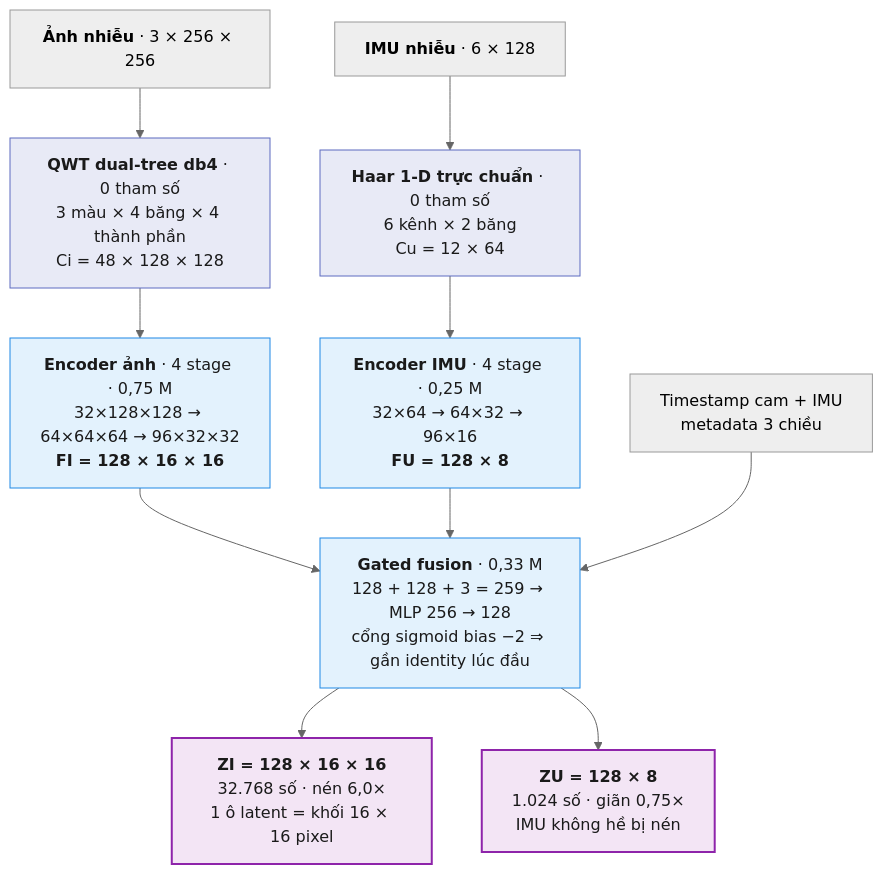
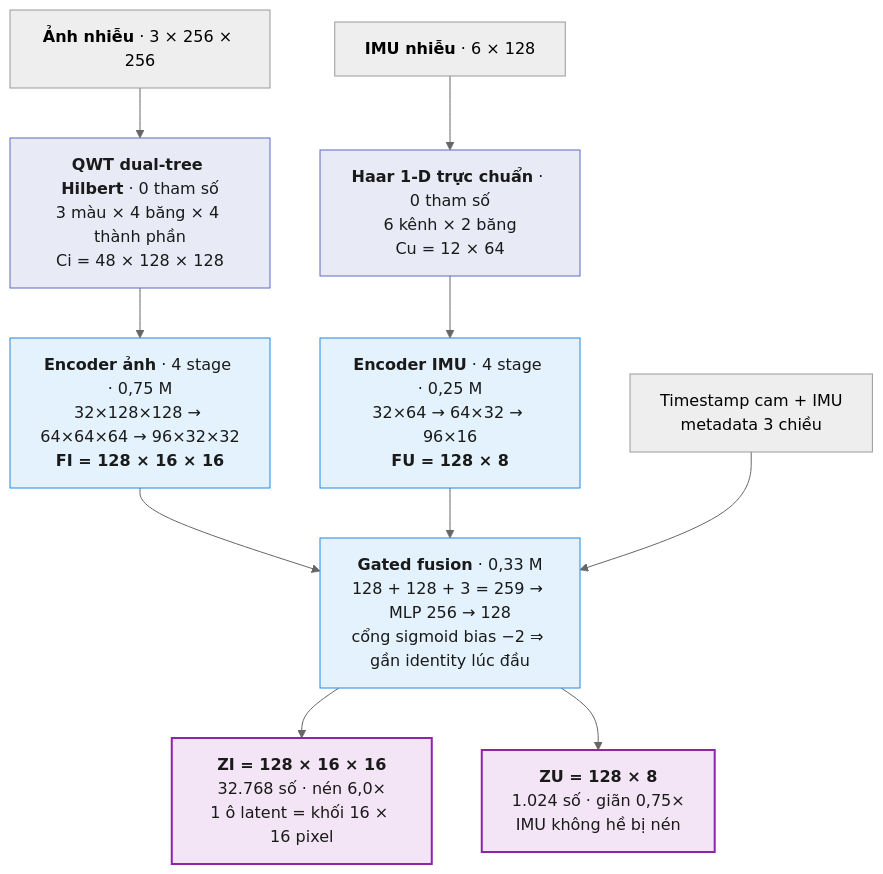
Before and after one commit to leesanghyoek/qwt_jepa_ver3: the second of 4 diagrams in README.md, drawn with Mermaid (neutral theme). The commit also changed other lines of this file and 19 other files, not shown here.

First line of the commit message:
Make QWT a real Hilbert pair, drive blur from the IMU, fix the Jacobian

````diff
--- a/README.md
+++ b/README.md
@@ -77,23 +116,23 @@
 ```mermaid
 flowchart TB
     XN["<b>Ảnh nhiễu</b> · 3 × 256 × 256"]
     UN["<b>IMU nhiễu</b> · 6 × 128"]
     TM["Timestamp cam + IMU<br/>metadata 3 chiều"]
-    QW["<b>QWT dual-tree db4</b> · 0 tham số<br/>3 màu × 4 băng × 4 thành phần<br/>Ci = 48 × 128 × 128"]
+    QW["<b>QWT dual-tree Hilbert</b> · 0 tham số<br/>3 màu × 4 băng × 4 thành phần<br/>Ci = 48 × 128 × 128"]
     HA["<b>Haar 1-D trực chuẩn</b> · 0 tham số<br/>6 kênh × 2 băng<br/>Cu = 12 × 64"]
     EI["<b>Encoder ảnh</b> · 4 stage · 0,75 M<br/>32×128×128 → 64×64×64 → 96×32×32<br/><b>FI = 128 × 16 × 16</b>"]
     EU["<b>Encoder IMU</b> · 4 stage · 0,25 M<br/>32×64 → 64×32 → 96×16<br/><b>FU = 128 × 8</b>"]
     FS["<b>Gated fusion</b> · 0,33 M<br/>128 + 128 + 3 = 259 → MLP 256 → 128<br/>cổng sigmoid bias −2 ⇒ gần identity lúc đầu"]
     ZI["<b>ZI = 128 × 16 × 16</b><br/>32.768 số · nén 6,0×<br/>1 ô latent = khối 16 × 16 pixel"]
     ZU["<b>ZU = 128 × 8</b><br/>1.024 số · giãn 0,75×<br/>IMU không hề bị nén"]
     XN --> QW --> EI --> FS
     UN --> HA --> EU --> FS
     TM --> FS
     FS --> ZI & ZU
     classDef tf fill:#e8eaf6,stroke:#5c6bc0,color:#1a1a1a
     classDef bb fill:#e3f2fd,stroke:#1e88e5,color:#1a1a1a
     classDef lat fill:#f3e5f5,stroke:#8e24aa,stroke-width:2px,color:#1a1a1a
     class QW,HA tf
     class EI,EU,FS bb
     class ZI,ZU lat
 ```
````
